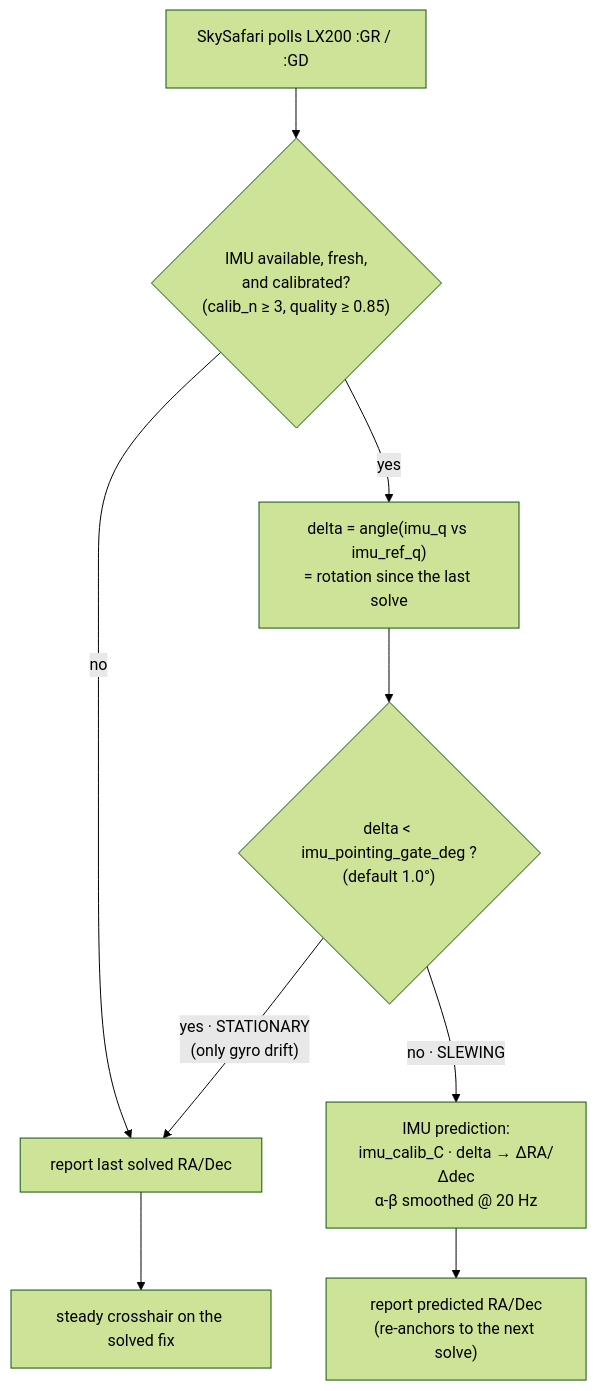
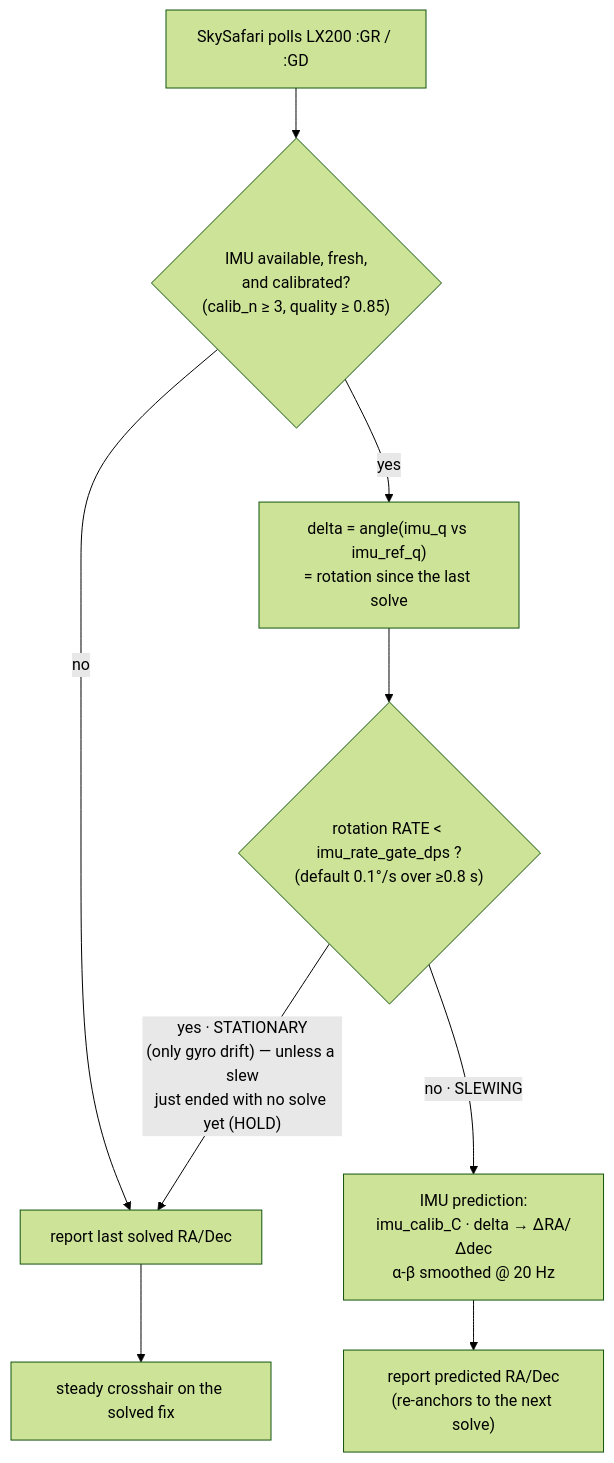
The second of 2 diagrams in docs/imu.md (mconsidine/diofinder), drawn with Mermaid (forest theme) before and after one commit. The commit also changed other lines of this file and 10 other files, not shown here.

````diff
--- a/docs/imu.md
+++ b/docs/imu.md
@@ -53,11 +57,11 @@
 ```mermaid
 flowchart TD
     POLL["SkySafari polls LX200 :GR / :GD"] --> A{"IMU available, fresh,<br/>and calibrated?<br/>(calib_n ≥ 3, quality ≥ 0.85)"}
     A -->|"no"| SOLVED["report last solved RA/Dec"]
     A -->|"yes"| D["delta = angle(imu_q vs imu_ref_q)<br/>= rotation since the last solve"]
-    D --> G{"delta < imu_pointing_gate_deg ?<br/>(default 1.0°)"}
-    G -->|"yes · STATIONARY<br/>(only gyro drift)"| SOLVED
+    D --> G{"rotation RATE < imu_rate_gate_dps ?<br/>(default 0.1°/s over ≥0.8 s)"}
+    G -->|"yes · STATIONARY<br/>(only gyro drift) — unless a slew<br/>just ended with no solve yet (HOLD)"| SOLVED
     G -->|"no · SLEWING"| PRED["IMU prediction:<br/>imu_calib_C · delta → ΔRA/Δdec<br/>α-β smoothed @ 20 Hz"]
     PRED --> REPORT["report predicted RA/Dec<br/>(re-anchors to the next solve)"]
     SOLVED --> REPORT2["steady crosshair on the solved fix"]
 ```
````
